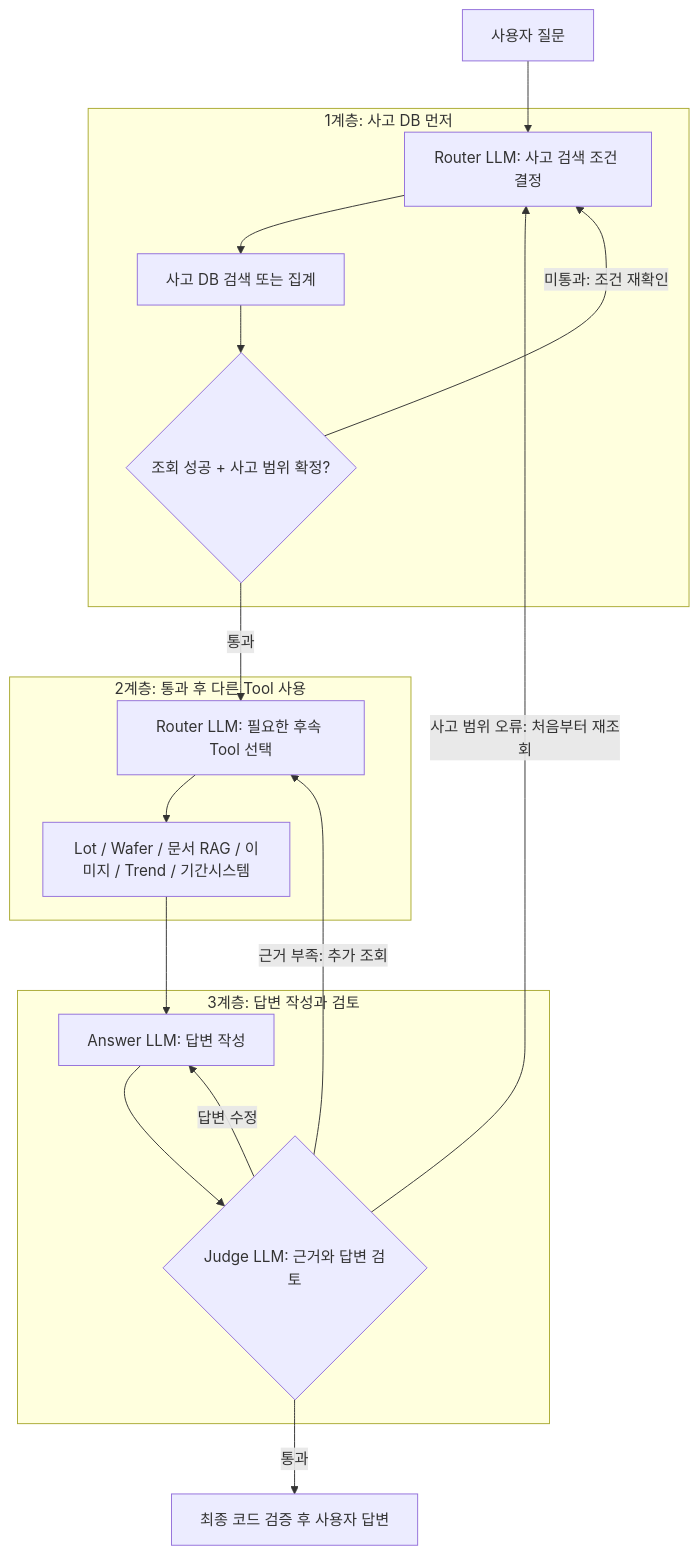
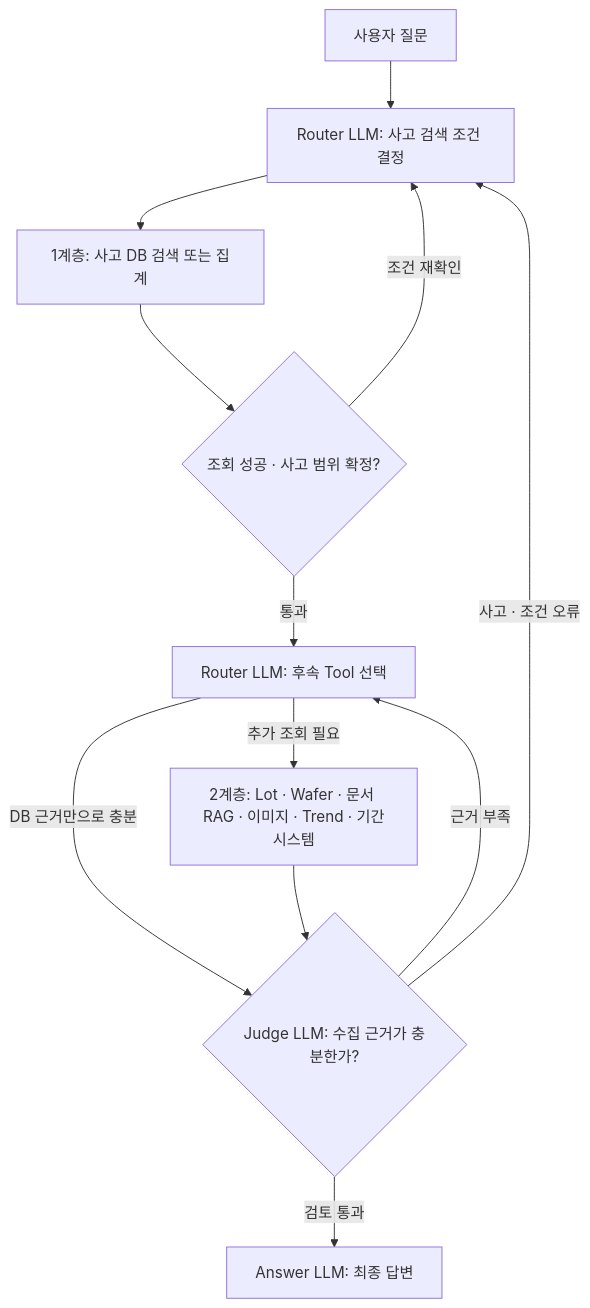
One commit to hogil/q-agent changed the diagram in docs/current/ARCHITECTURE_AND_PLAN.md. Above: the diagram before and after it, drawn with Mermaid. The commit also changed other lines of this file and 11 other files, not shown here.

Commit message:
fix: review tool evidence with Judge before final Answer

````diff
--- a/docs/current/ARCHITECTURE_AND_PLAN.md
+++ b/docs/current/ARCHITECTURE_AND_PLAN.md
@@ -11,29 +11,20 @@
 ```mermaid
 flowchart TB
     Q["사용자 질문"]
-    subgraph FIRST["1계층: 사고 DB 먼저"]
-        R1["Router LLM: 사고 검색 조건 결정"]
-        DB["사고 DB 검색 또는 집계"]
-        G{"조회 성공 + 사고 범위 확정?"}
-        R1 --> DB --> G
-    end
-    subgraph SECOND["2계층: 통과 후 다른 Tool 사용"]
-        R2["Router LLM: 필요한 후속 Tool 선택"]
-        T["Lot / Wafer / 문서 RAG / 이미지 / Trend / 기간시스템"]
-        R2 --> T
-    end
-    subgraph THIRD["3계층: 답변 작성과 검토"]
-        A["Answer LLM: 답변 작성"]
-        J{"Judge LLM: 근거와 답변 검토"}
-        A --> J
-    end
-    F["최종 코드 검증 후 사용자 답변"]
-    Q --> R1
+    R1["Router LLM: 사고 검색 조건 결정"]
+    DB["1계층: 사고 DB 검색 또는 집계"]
+    G{"조회 성공 · 사고 범위 확정?"}
+    R2["Router LLM: 후속 Tool 선택"]
+    T["2계층: Lot · Wafer · 문서 RAG · 이미지 · Trend · 기간시스템"]
+    J{"Judge LLM: 수집 근거가 충분한가?"}
+    A["Answer LLM: 최종 답변"]
+    Q --> R1 --> DB --> G
     G -->|통과| R2
-    G -->|미통과: 조건 재확인| R1
-    T --> A
-    J -->|근거 부족: 추가 조회| R2
-    J -->|사고 범위 오류: 처음부터 재조회| R1
-    J -->|답변 수정| A
-    J -->|통과| F
+    G -->|조건 재확인| R1
+    R2 -->|추가 조회 필요| T
+    R2 -->|DB 근거만으로 충분| J
+    T --> J
+    J -->|근거 부족| R2
+    J -->|사고 · 조건 오류| R1
+    J -->|검토 통과| A
 ```
````
